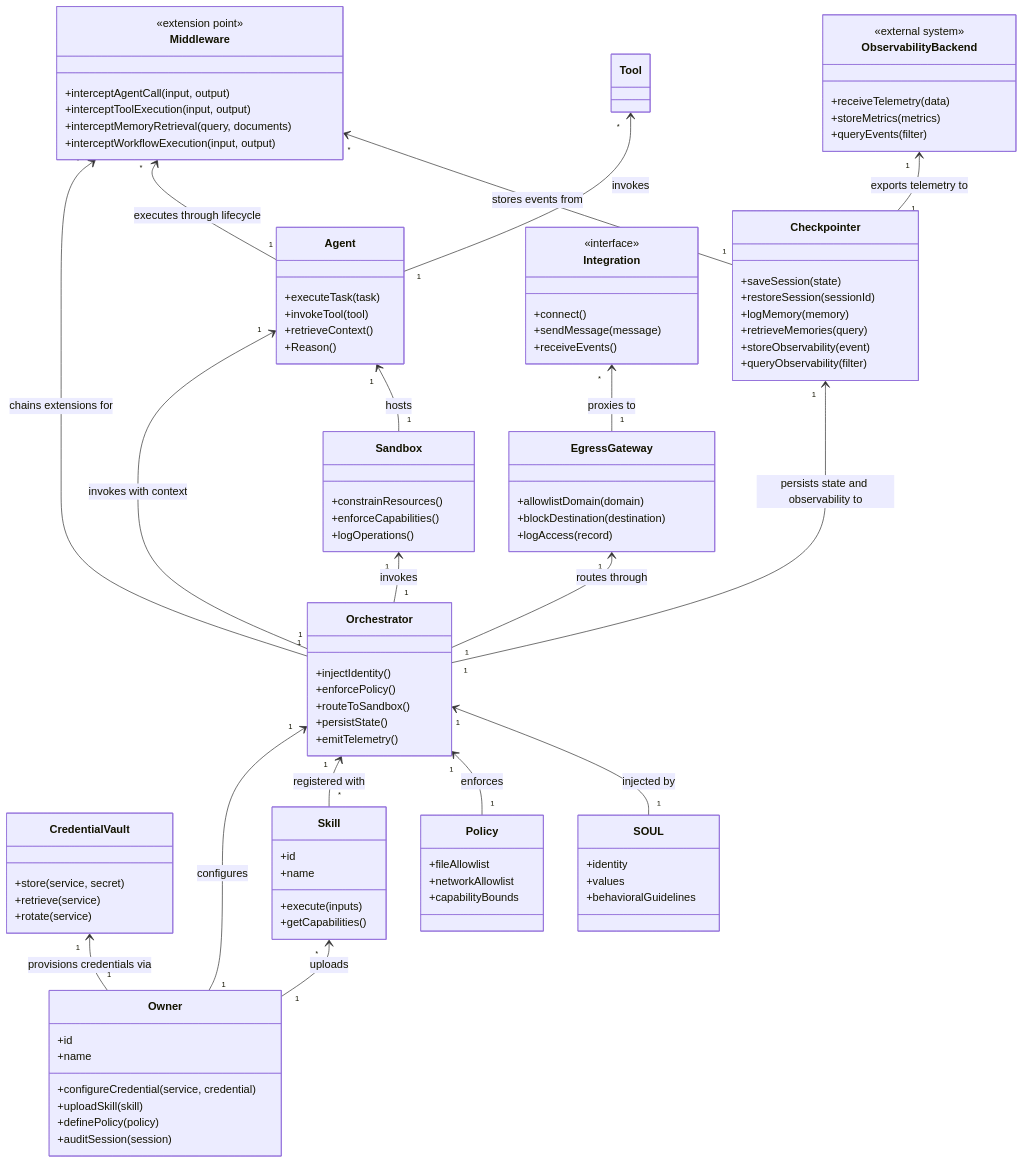
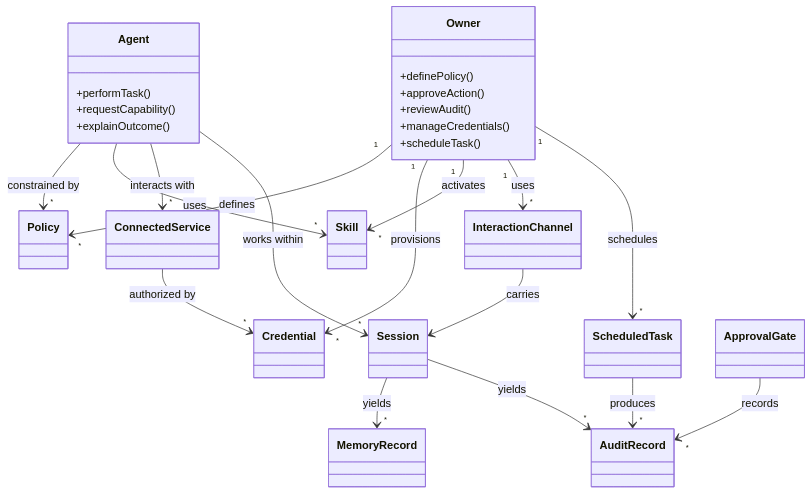
Before and after one commit to openkraken-ai/openkraken: the second of 2 diagrams in docs/PRD.md, drawn with Mermaid. The commit also changed other lines of this file and 4 other files, not shown here.

````diff
--- a/docs/PRD.md
+++ b/docs/PRD.md
@@ -250,114 +306,43 @@
 ```mermaid
 classDiagram
-  direction BT
+    class Owner {
+      +definePolicy()
+      +approveAction()
+      +reviewAudit()
+      +manageCredentials()
+      +scheduleTask()
+    }
 
-  class Owner {
-    +id
-    +name
-    +configureCredential(service, credential)
-    +uploadSkill(skill)
-    +definePolicy(policy)
-    +auditSession(session)
-  }
+    class Agent {
+      +performTask()
+      +requestCapability()
+      +explainOutcome()
+    }
 
-  class Orchestrator {
-    +injectIdentity()
-    +enforcePolicy()
-    +routeToSandbox()
-    +persistState()
-    +emitTelemetry()
-  }
+    class Policy
+    class Skill
+    class Credential
+    class ConnectedService
+    class InteractionChannel
+    class Session
+    class MemoryRecord
+    class AuditRecord
+    class ScheduledTask
+    class ApprovalGate
 
-  class Agent {
-    +executeTask(task)
-    +invokeTool(tool)
-    +retrieveContext()
-    +Reason()
-  }
-
-  class Sandbox {
-    +constrainResources()
-    +enforceCapabilities()
-    +logOperations()
-  }
-
-  class CredentialVault {
-    +store(service, secret)
-    +retrieve(service)
-    +rotate(service)
-  }
-
-  class EgressGateway {
-    +allowlistDomain(domain)
-    +blockDestination(destination)
-    +logAccess(record)
-  }
-
-  class Checkpointer {
-    +saveSession(state)
-    +restoreSession(sessionId)
-    +logMemory(memory)
-    +retrieveMemories(query)
-    +storeObservability(event)
-    +queryObservability(filter)
-  }
-
-  class Middleware {
-    <<extension point>>
-    +interceptAgentCall(input, output)
-    +interceptToolExecution(input, output)
-    +interceptMemoryRetrieval(query, documents)
-    +interceptWorkflowExecution(input, output)
-  }
-
-  class Skill {
-    +id
-    +name
-    +execute(inputs)
-    +getCapabilities()
-  }
-
-  class Policy {
-    +fileAllowlist
-    +networkAllowlist
-    +capabilityBounds
-  }
-
-  class SOUL {
-    +identity
-    +values
-    +behavioralGuidelines
-  }
-
-  class ObservabilityBackend {
-    <<external system>>
-    +receiveTelemetry(data)
-    +storeMetrics(metrics)
-    +queryEvents(filter)
-  }
-
-  class Integration {
-    <<interface>>
-    +connect()
-    +sendMessage(message)
-    +receiveEvents()
-  }
-
-  Owner "1" --> "1" Orchestrator : configures
-  Owner "1" --> "1" CredentialVault : provisions credentials via
-  Owner "1" --> "*" Skill : uploads
-  Orchestrator "1" --> "1" Agent : invokes with context
-  Orchestrator "1" --> "*" Middleware : chains extensions for
-  Agent "1" --> "*" Middleware : executes through lifecycle
-  Orchestrator "1" --> "1" Checkpointer : persists state and observability to
-  Orchestrator "1" --> "1" EgressGateway : routes through
-  Orchestrator "1" --> "1" Sandbox : invokes
-  Agent "1" --> "*" Tool : invokes
-  Sandbox "1" --> "1" Agent : hosts
-  Checkpointer "1" --> "*" Middleware : stores events from
-  Checkpointer "1" --> "1" ObservabilityBackend : exports telemetry to
-  EgressGateway "1" --> "*" Integration : proxies to
-  Skill "*" --> "1" Orchestrator : registered with
-  Policy "1" --> "1" Orchestrator : enforces
-  SOUL "1" --> "1" Orchestrator : injected by
+    Owner "1" --> "*" Policy : defines
+    Owner "1" --> "*" Credential : provisions
+    Owner "1" --> "*" Skill : activates
+    Owner "1" --> "*" InteractionChannel : uses
+    Owner "1" --> "*" ScheduledTask : schedules
+    Agent --> "*" Policy : constrained by
+    Agent --> "*" Skill : uses
+    Agent --> "*" ConnectedService : interacts with
+    Agent --> "*" Session : works within
+    Session --> "*" MemoryRecord : yields
+    Session --> "*" AuditRecord : yields
+    ScheduledTask --> "*" AuditRecord : produces
+    ApprovalGate --> "*" AuditRecord : records
+    ConnectedService --> "*" Credential : authorized by
+    InteractionChannel --> Session : carries
 ```
````
